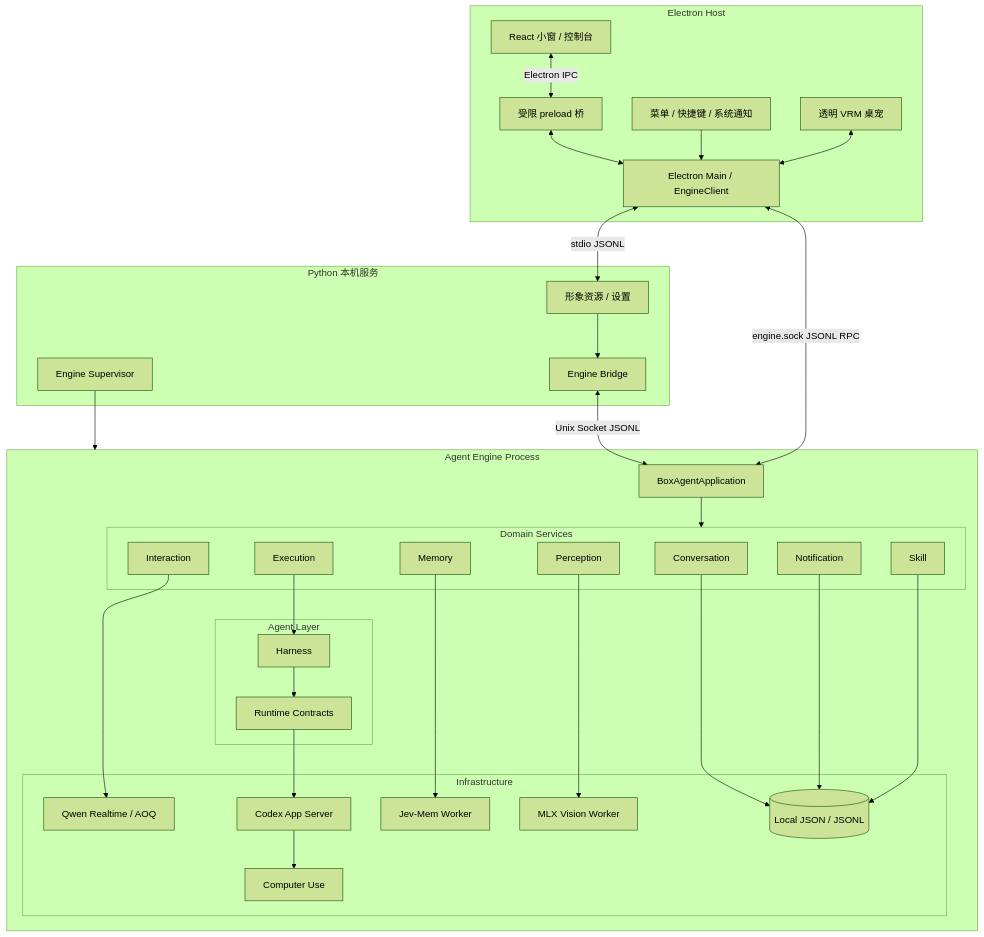
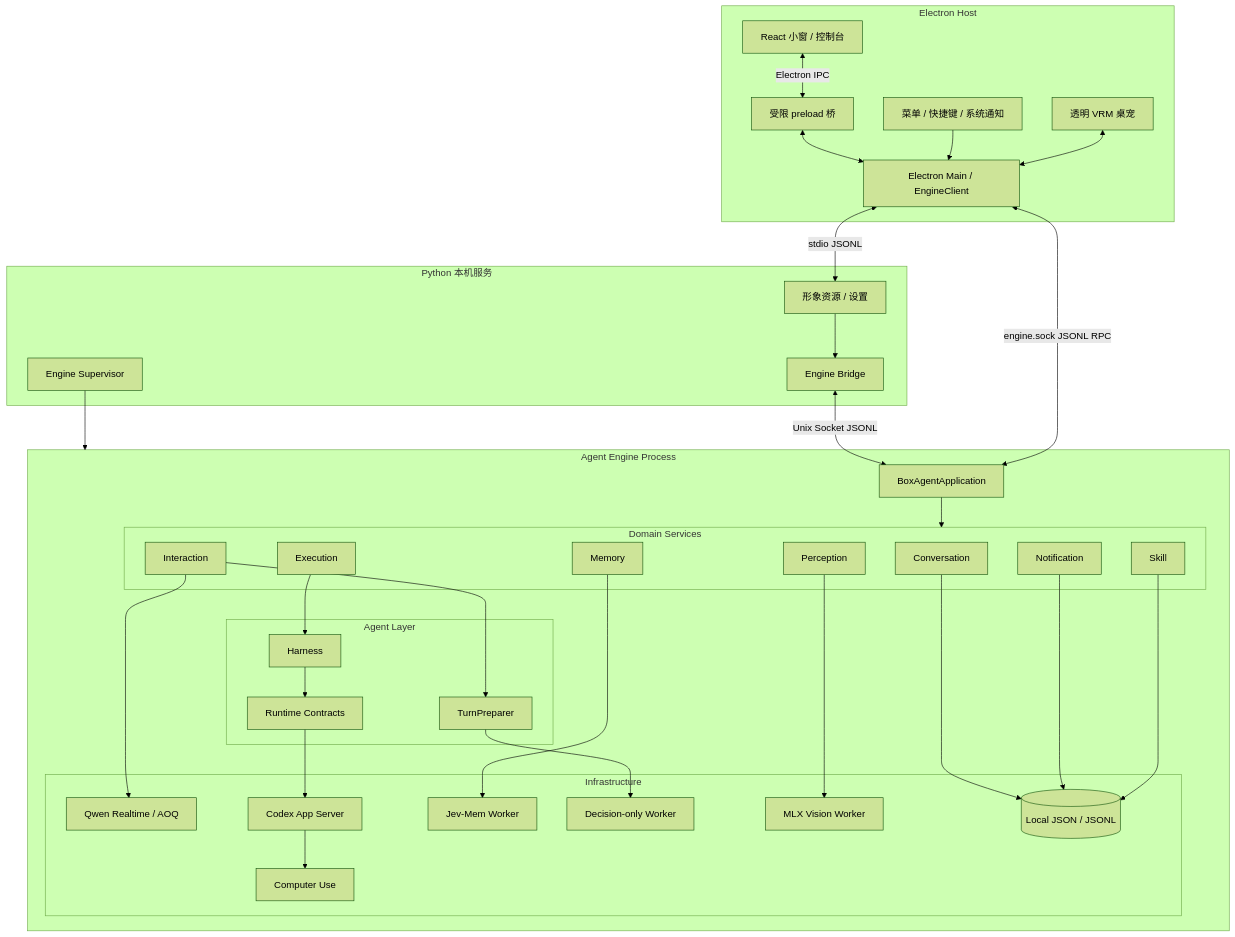
Before and after one commit to kono-dada/BoxAgent: the first of 4 diagrams in docs/BoxAgent-架构重构方案.md, drawn with Mermaid (forest theme). The commit also changed other lines of this file and 33 other files, not shown here.

````diff
--- a/docs/BoxAgent-架构重构方案.md
+++ b/docs/BoxAgent-架构重构方案.md
@@ -63,63 +63,66 @@
 ```mermaid
 flowchart TB
     subgraph SERVICE[Python 本机服务]
         ASSET[形象资源 / 设置]
         BRIDGE[Engine Bridge]
         SUP[Engine Supervisor]
     end
 
     subgraph PANEL[Electron Host]
         REACT[React 小窗 / 控制台]
         PET[透明 VRM 桌宠]
         MENU[菜单 / 快捷键 / 系统通知]
         PRELOAD[受限 preload 桥]
         MAIN[Electron Main / EngineClient]
         REACT <-->|Electron IPC| PRELOAD
         PRELOAD <--> MAIN
     end
 
     subgraph ENGINE[Agent Engine Process]
         APP[BoxAgentApplication]
 
         subgraph DOMAIN[Domain Services]
             CONV[Conversation]
             INTERACTION[Interaction]
             EXEC[Execution]
             MEMORY[Memory]
             NOTIFY[Notification]
             SKILL[Skill]
             PERCEPTION[Perception]
         end
 
         subgraph AGENT[Agent Layer]
             HARNESS[Harness]
             PORTS[Runtime Contracts]
+            PREP[TurnPreparer]
         end
 
         subgraph INFRA[Infrastructure]
             QWEN[Qwen Realtime / AOQ]
             CODEX[Codex App Server]
             CU[Computer Use]
             JEV[Jev-Mem Worker]
+            DECISION[Decision-only Worker]
             VLM[MLX Vision Worker]
             JSONL[(Local JSON / JSONL)]
         end
     end
 
     MENU --> MAIN
     PET <--> MAIN
     MAIN <-->|stdio JSONL| ASSET
     ASSET --> BRIDGE
     BRIDGE <--> |Unix Socket JSONL| APP
     SUP --> ENGINE
     MAIN <-->|engine.sock JSONL RPC| APP
 
     APP --> DOMAIN
     INTERACTION --> QWEN
+    INTERACTION --> PREP --> DECISION
     EXEC --> HARNESS --> PORTS --> CODEX --> CU
     MEMORY --> JEV
     CONV --> JSONL
     NOTIFY --> JSONL
     SKILL --> JSONL
     PERCEPTION --> VLM
 ```
````
